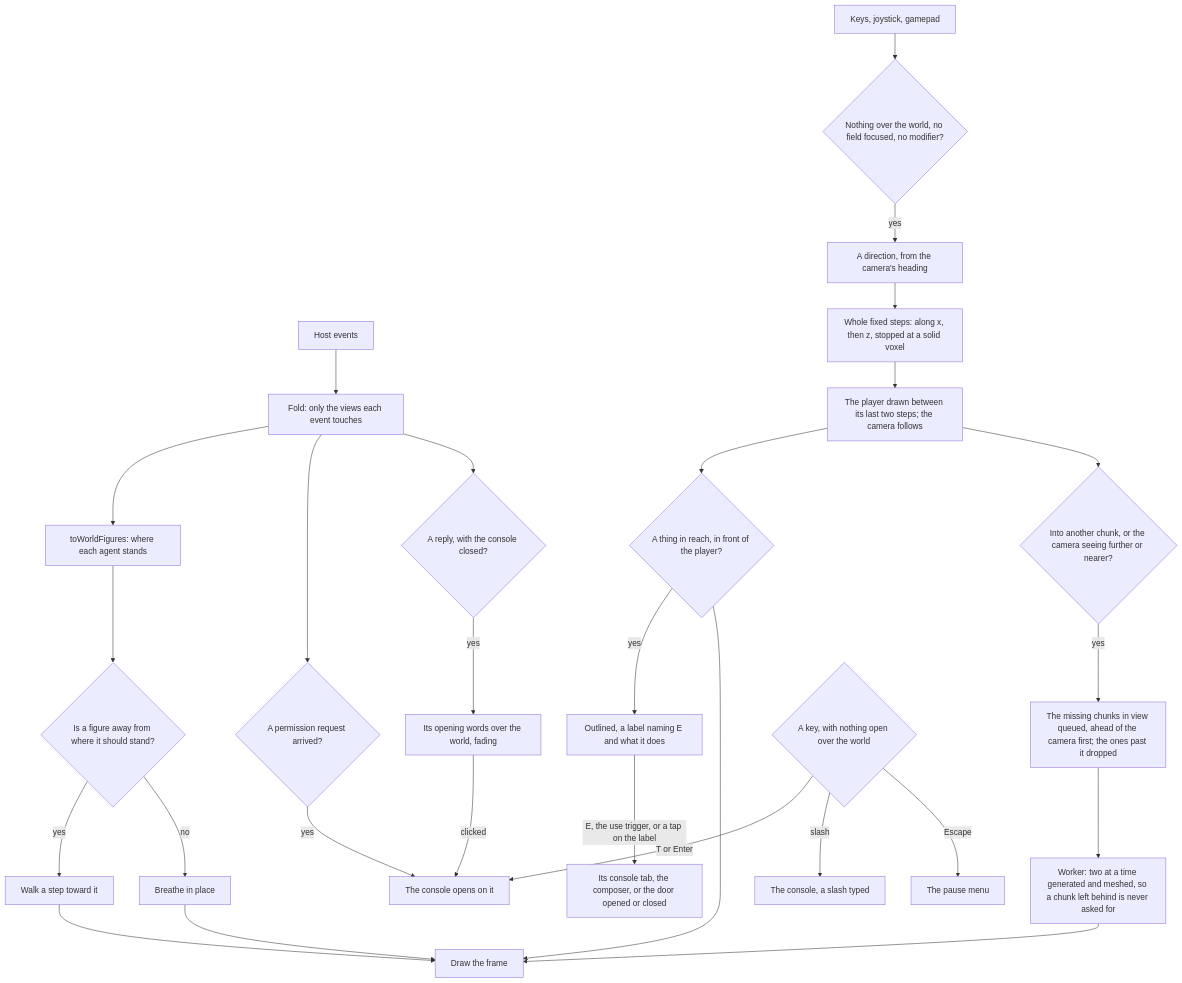
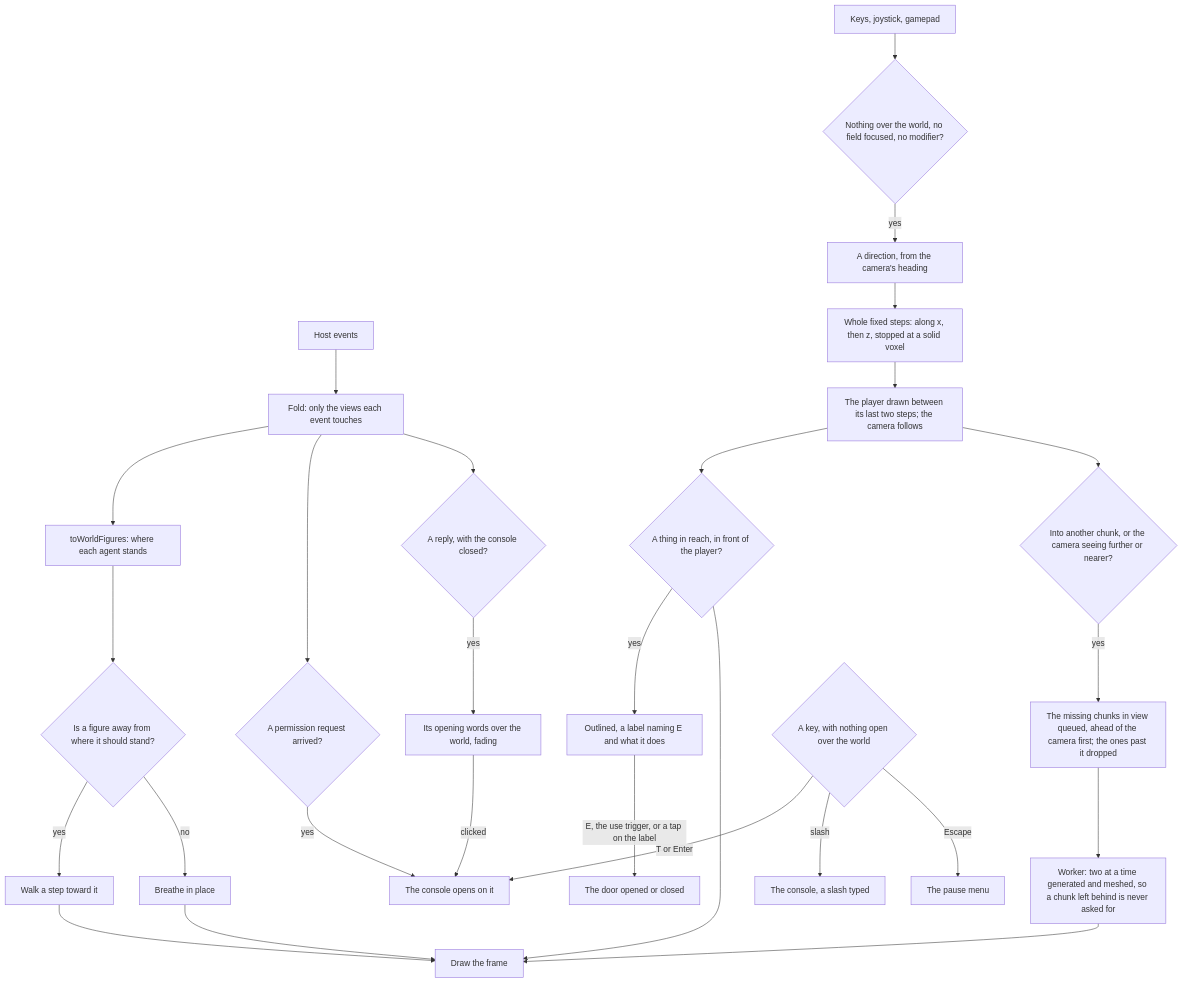
Before and after one commit to Esposter/Esposter: the diagram in apps/web/content/docs/infra/claude-interface/agent-console/voxel-world.md, drawn with Mermaid. The commit also changed other lines of this file and 14 other files, not shown here.

First line of the commit message:
feat(agent-console): a prompt acts on the world, and the door stands out in its frame

````diff
--- a/apps/web/content/docs/infra/claude-interface/agent-console/voxel-world.md
+++ b/apps/web/content/docs/infra/claude-interface/agent-console/voxel-world.md
@@ -12,30 +12,30 @@
 ```mermaid
 flowchart TD
   H[Host events] --> F[Fold: only the views each event touches]
   F --> M[toWorldFigures: where each agent stands]
   M --> W{Is a figure away from where it should stand?}
   W -->|yes| A[Walk a step toward it]
   W -->|no| B[Breathe in place]
   A --> R[Draw the frame]
   B --> R
   F --> Q{A permission request arrived?}
   Q -->|yes| C[The console opens on it]
   F --> N{A reply, with the console closed?}
   N -->|yes| L[Its opening words over the world, fading]
   I[Keys, joystick, gamepad] --> G{Nothing over the world, no field focused, no modifier?}
   G -->|yes| D[A direction, from the camera's heading]
   D --> X[Whole fixed steps: along x, then z, stopped at a solid voxel]
   X --> Y[The player drawn between its last two steps; the camera follows]
   Y --> Z{A thing in reach, in front of the player?}
   Y --> CK{Into another chunk, or the camera seeing further or nearer?}
   CK -->|yes| WQ[The missing chunks in view queued, ahead of the camera first; the ones past it dropped]
   WQ --> WK[Worker: two at a time generated and meshed, so a chunk left behind is never asked for]
   WK --> R
   Z -->|yes| O[Outlined, a label naming E and what it does]
-  O -->|E, the use trigger, or a tap on the label| U[Its console tab, the composer, or the door opened or closed]
+  O -->|E, the use trigger, or a tap on the label| U[The door opened or closed]
   Z --> R
   K{A key, with nothing open over the world} -->|T or Enter| C
   K -->|slash| S[The console, a slash typed]
   K -->|Escape| P[The pause menu]
   L -->|clicked| C
 ```
````
